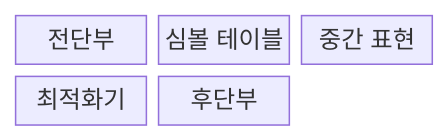
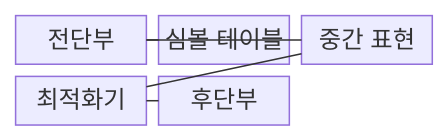
One commit to agnusdei1207/knowledge-base changed the first of 2 diagrams in src/content/docs/notes/01-basic-theory/057_compiler_structure.md. Above: the diagram before and after it, drawn with Mermaid. The commit also changed other lines of this file and 17 other files, not shown here.

````diff
--- a/src/content/docs/notes/01-basic-theory/057_compiler_structure.md
+++ b/src/content/docs/notes/01-basic-theory/057_compiler_structure.md
@@ -68,10 +66,13 @@
 ```mermaid
 block
     columns 3
     FE["전단부"]
     ST["심볼 테이블"]
     IR["중간 표현"]
     OPT["최적화기"]
     BE["후단부"]
-    space
+    FE --- ST
+    FE --- IR
+    IR --- OPT
+    OPT --- BE
 ```
````
